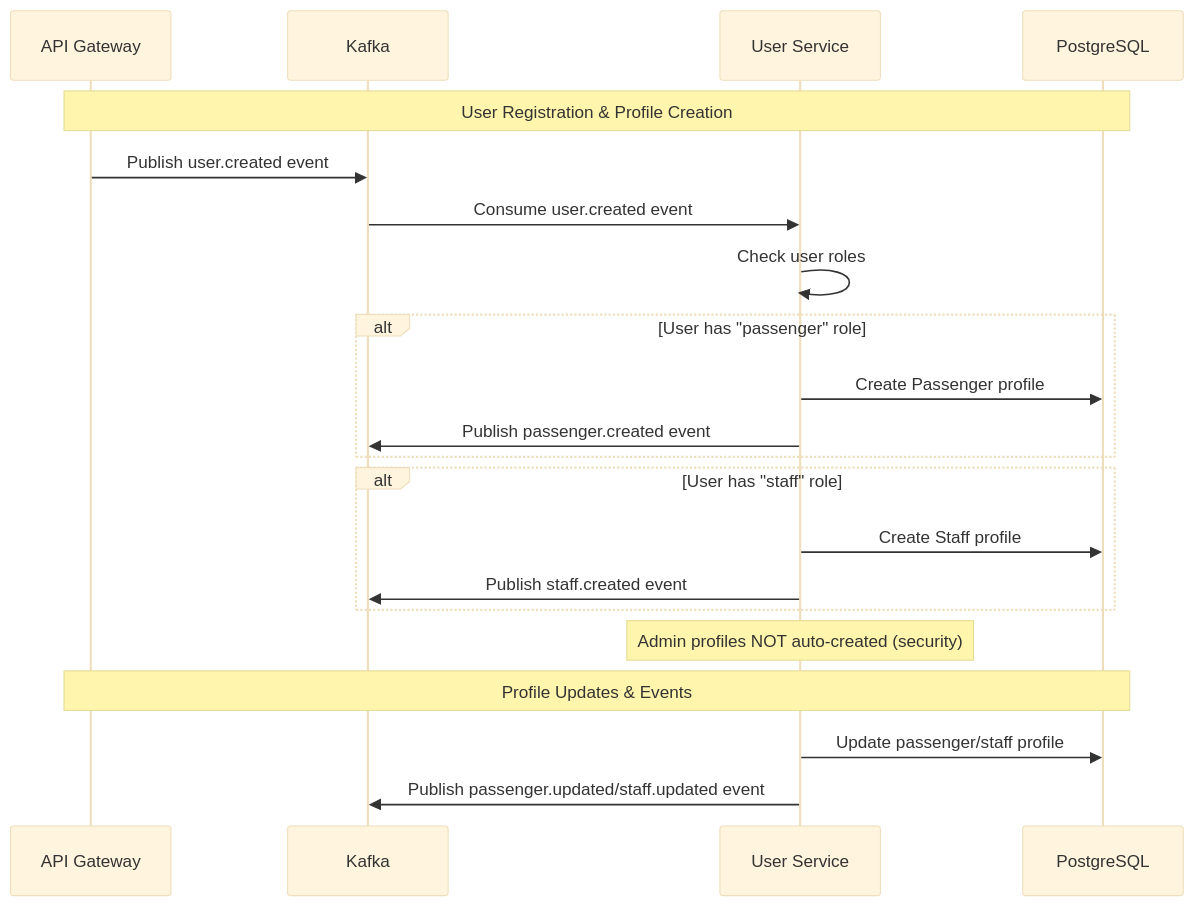
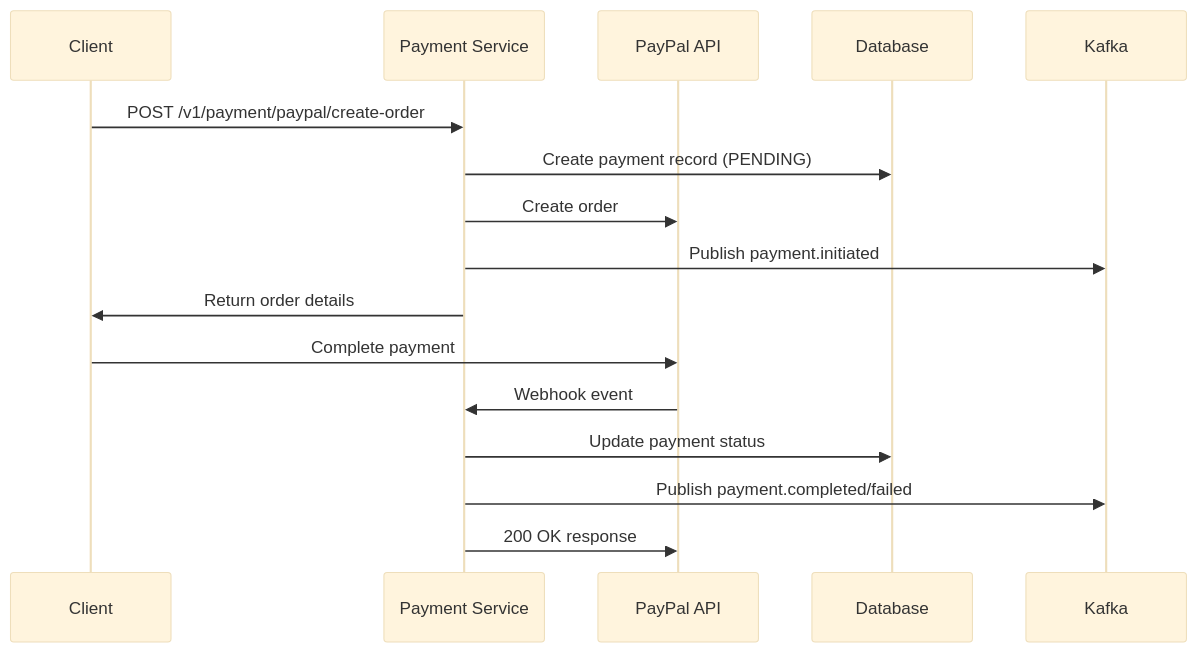
The second of 2 diagrams in payment-service/README.md (NamPhAm-Work423/Metro-backend), drawn with Mermaid (base theme) before and after one commit. The commit also changed other lines of this file and 20 other files, not shown here.

````diff
--- a/payment-service/README.md
+++ b/payment-service/README.md
@@ -207,30 +77,20 @@
 ```mermaid
 sequenceDiagram
-    participant API as API Gateway
-    participant KAFKA as Kafka
-    participant USER as User Service
-    participant DB as PostgreSQL
+    participant Client
+    participant API as Payment Service
+    participant PayPal as PayPal API
+    participant DB as Database
+    participant Kafka
 
-    Note over API,DB: User Registration & Profile Creation
-
-    API->>KAFKA: Publish user.created event
-    KAFKA->>USER: Consume user.created event
-    USER->>USER: Check user roles
+    Client->>API: POST /v1/payment/paypal/create-order
+    API->>DB: Create payment record (PENDING)
+    API->>PayPal: Create order
+    API->>Kafka: Publish payment.initiated
+    API->>Client: Return order details
     
-    alt User has "passenger" role
-        USER->>DB: Create Passenger profile
-        USER->>KAFKA: Publish passenger.created event
-    end
-    
-    alt User has "staff" role
-        USER->>DB: Create Staff profile
-        USER->>KAFKA: Publish staff.created event
-    end
-    
-    Note over USER: Admin profiles NOT auto-created (security)
-    
-    Note over API,DB: Profile Updates & Events
-    
-    USER->>DB: Update passenger/staff profile
-    USER->>KAFKA: Publish passenger.updated/staff.updated event
+    Client->>PayPal: Complete payment
+    PayPal->>API: Webhook event
+    API->>DB: Update payment status
+    API->>Kafka: Publish payment.completed/failed
+    API->>PayPal: 200 OK response
 ```
````
